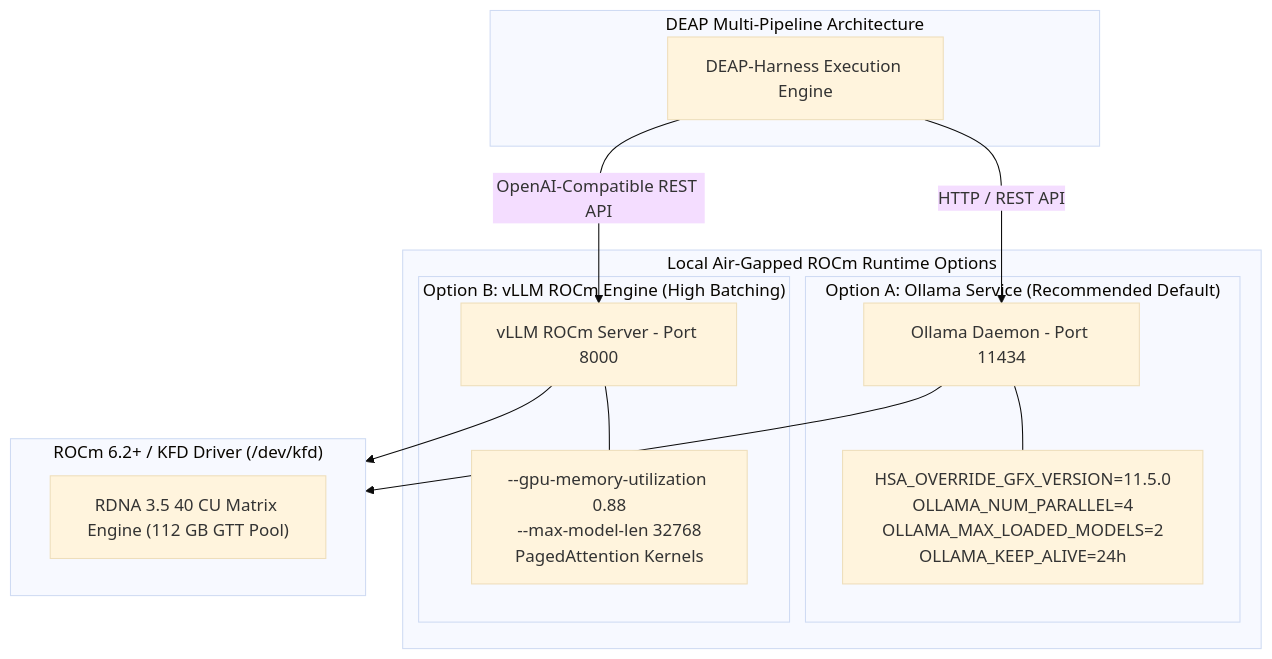
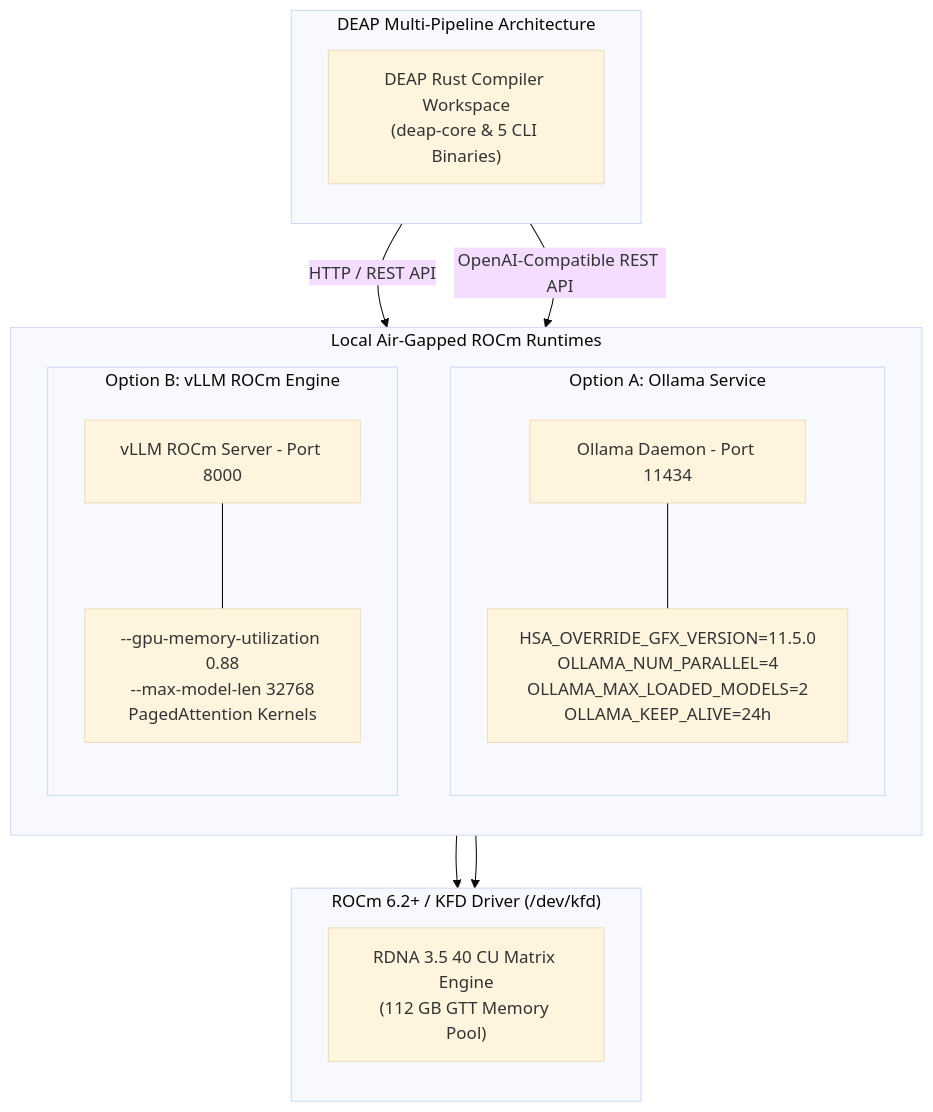
The third of 5 diagrams in docs/architecture/blueprints/DEAP_LOCAL_AIRGAPPED_DEEPSEEK_WORKSTATION_BLUEPRINT.md (gintatkinson/DEAP01-spec-core), drawn with Mermaid (base theme) before and after one commit. The commit also changed other lines of this file and 28 other files, not shown here.

Commit message:
feat(verify-baseline,deap-core,compile-sysml): implement Option C blueprint capabilities and Check 37 blueprint grounding gate

````diff
--- a/docs/architecture/blueprints/DEAP_LOCAL_AIRGAPPED_DEEPSEEK_WORKSTATION_BLUEPRINT.md
+++ b/docs/architecture/blueprints/DEAP_LOCAL_AIRGAPPED_DEEPSEEK_WORKSTATION_BLUEPRINT.md
@@ -208,29 +215,34 @@
 ```mermaid
 flowchart TD
     subgraph UserSpace["DEAP Multi-Pipeline Architecture"]
-        Harness["DEAP-Harness Execution Engine"]
+        direction TB
+        Harness["DEAP Rust Compiler Workspace<br/>(deap-core & 5 CLI Binaries)"]
     end
 
-    subgraph InferenceOptions["Local Air-Gapped ROCm Runtime Options"]
-        subgraph OptionA["Option A: Ollama Service (Recommended Default)"]
+    subgraph InferenceOptions["Local Air-Gapped ROCm Runtimes"]
+        direction TB
+        subgraph OptionA["Option A: Ollama Service"]
+            direction TB
             OllamaDaemon["Ollama Daemon - Port 11434"]
-            EnvOverride["HSA_OVERRIDE_GFX_VERSION=11.5.0\nOLLAMA_NUM_PARALLEL=4\nOLLAMA_MAX_LOADED_MODELS=2\nOLLAMA_KEEP_ALIVE=24h"]
+            EnvOverride["HSA_OVERRIDE_GFX_VERSION=11.5.0<br/>OLLAMA_NUM_PARALLEL=4<br/>OLLAMA_MAX_LOADED_MODELS=2<br/>OLLAMA_KEEP_ALIVE=24h"]
             OllamaDaemon --- EnvOverride
         end
 
-        subgraph OptionB["Option B: vLLM ROCm Engine (High Batching)"]
+        subgraph OptionB["Option B: vLLM ROCm Engine"]
+            direction TB
             vLLMDaemon["vLLM ROCm Server - Port 8000"]
-            vLLMFlags["--gpu-memory-utilization 0.88\n--max-model-len 32768\nPagedAttention Kernels"]
+            vLLMFlags["--gpu-memory-utilization 0.88<br/>--max-model-len 32768<br/>PagedAttention Kernels"]
             vLLMDaemon --- vLLMFlags
         end
     end
 
     subgraph DriverLayer["ROCm 6.2+ / KFD Driver (/dev/kfd)"]
-        RDNAEngine["RDNA 3.5 40 CU Matrix Engine (112 GB GTT Pool)"]
+        direction TB
+        RDNAEngine["RDNA 3.5 40 CU Matrix Engine<br/>(112 GB GTT Memory Pool)"]
     end
 
     Harness -->|"HTTP / REST API"| OllamaDaemon
     Harness -->|"OpenAI-Compatible REST API"| vLLMDaemon
     OllamaDaemon --> DriverLayer
     vLLMDaemon --> DriverLayer
 ```
````
